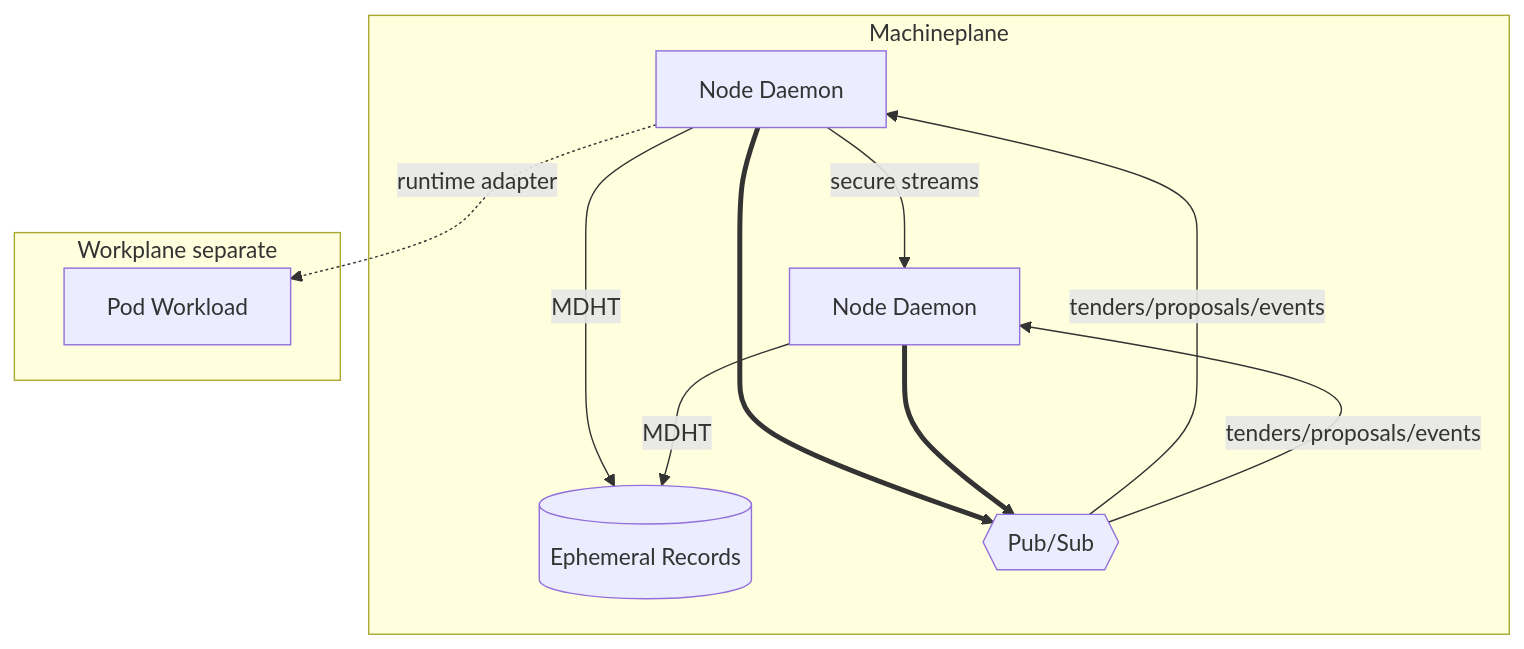
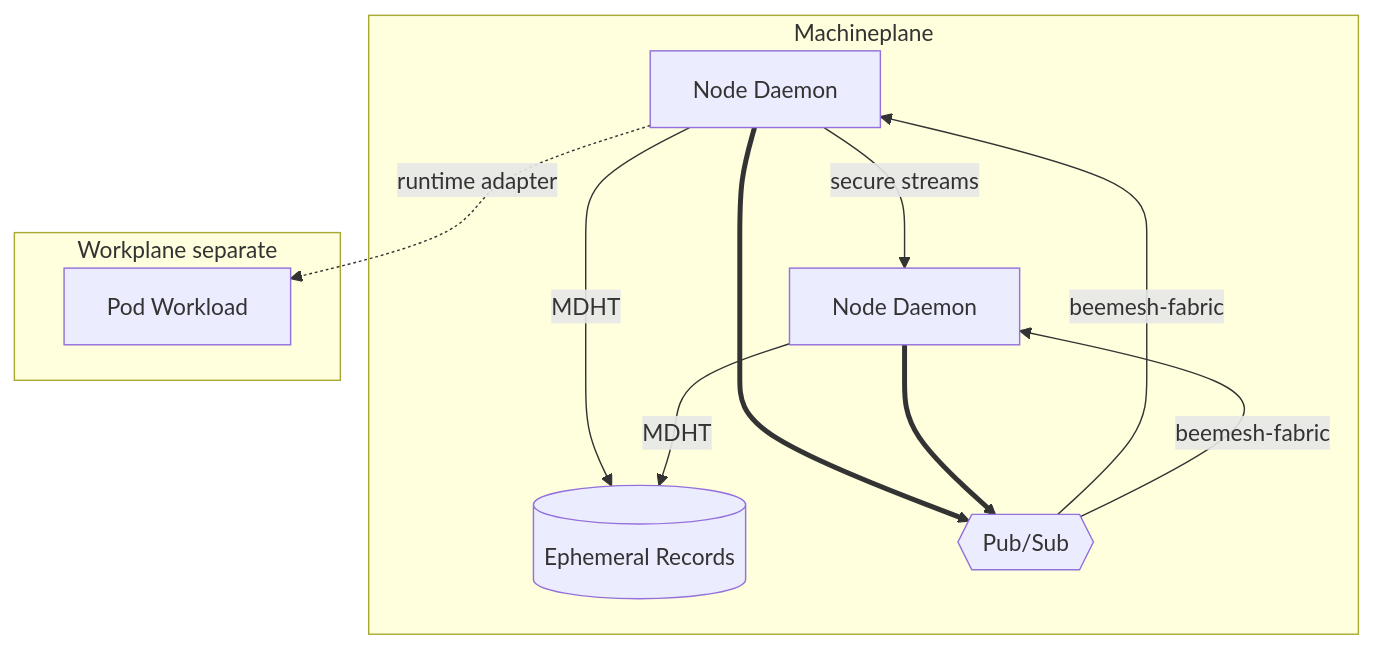
The third of 3 diagrams in machineplane/machineplane-spec.md (beemesh/beemesh), drawn with Mermaid before and after one commit. The commit also changed other lines of this file and 2 other files, not shown here.

````diff
--- a/machineplane/machineplane-spec.md
+++ b/machineplane/machineplane-spec.md
@@ -110,18 +106,18 @@
 ```mermaid
 graph TD
   subgraph Machineplane
     A[Node Daemon] -- secure streams --> B[Node Daemon]
     A -- MDHT --> C[(Ephemeral Records)]
     B -- MDHT --> C
     A ==> D{{Pub/Sub}}
     B ==> D
-    D -- tenders/proposals/events --> A
-    D -- tenders/proposals/events --> B
+    D -- beemesh-fabric --> A
+    D -- beemesh-fabric --> B
   end
 
   subgraph "Workplane separate"
     E[Pod Workload]
   end
 
   A -.runtime adapter.-> E
 ```
````
